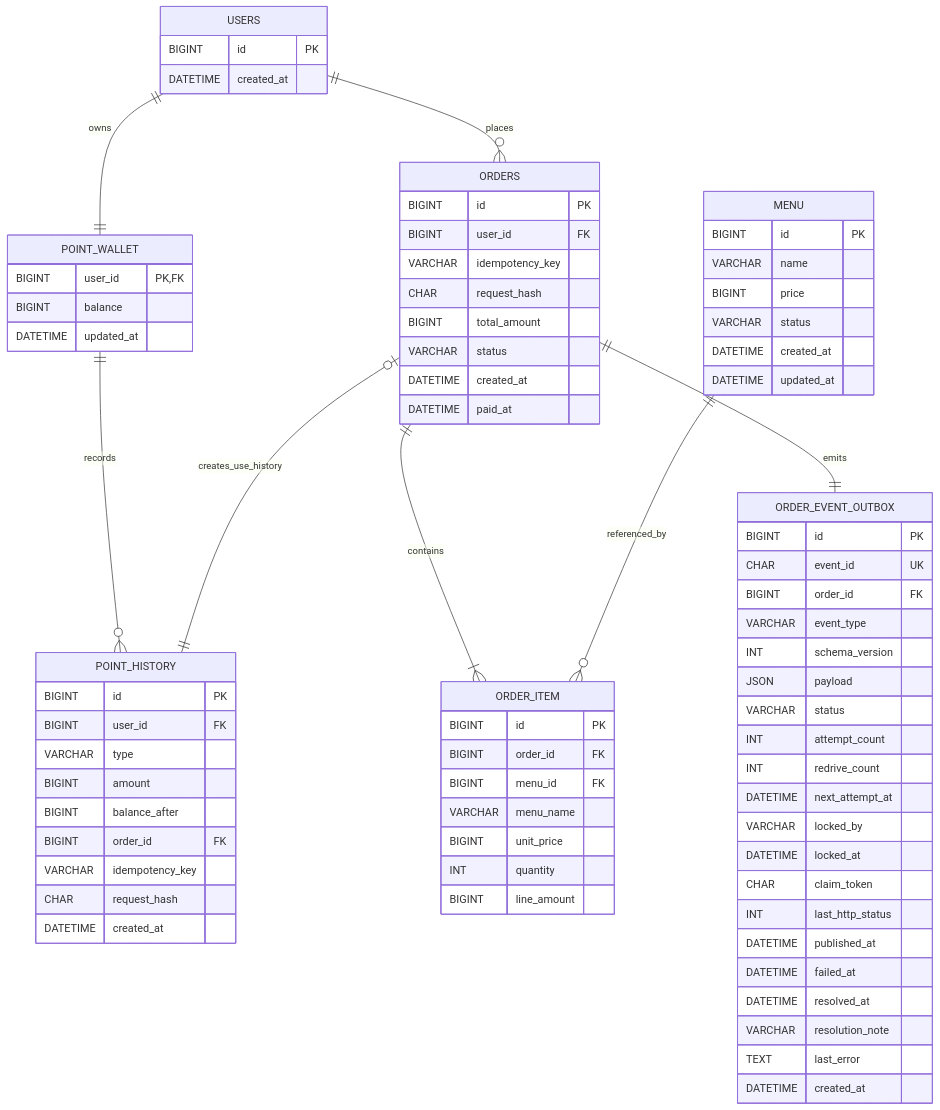
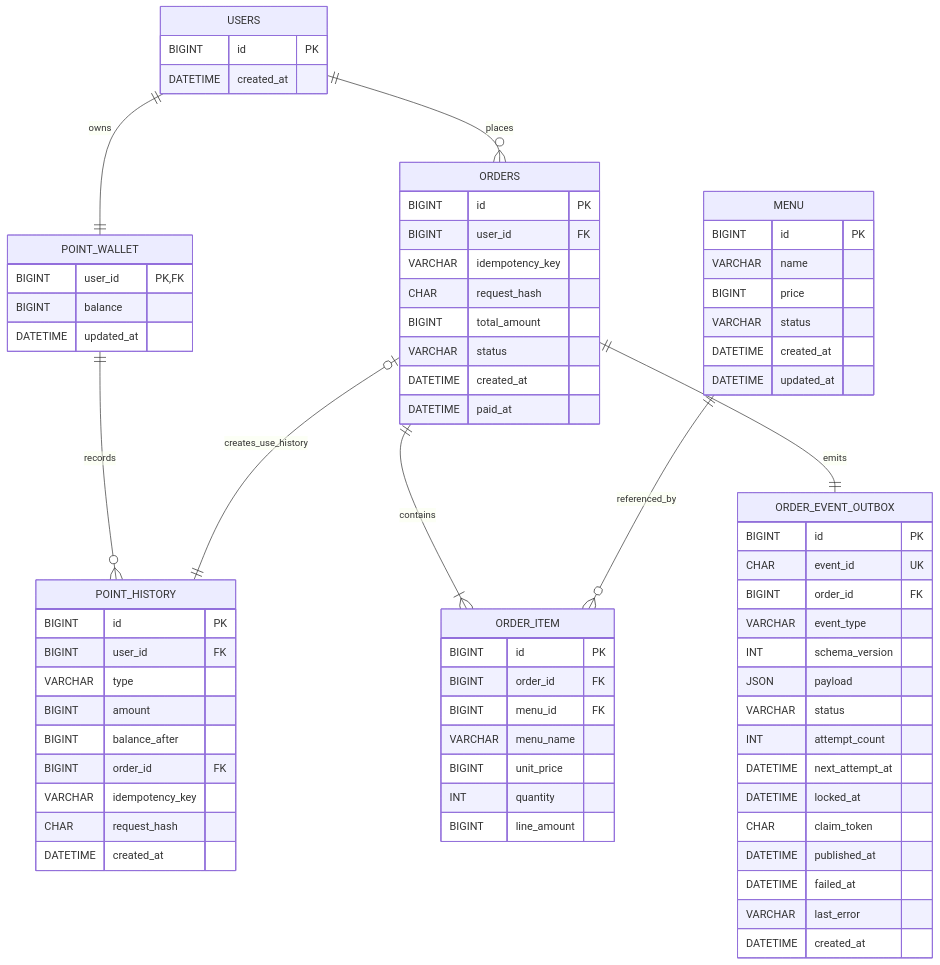
One commit to usersy628/coffee-order-system changed the second of 3 diagrams in README.md. Above: the diagram before and after it, drawn with Mermaid. The commit also changed other lines of this file and 1 other file, not shown here.

````diff
--- a/README.md
+++ b/README.md
@@ -457,17 +474,12 @@
         JSON payload
         VARCHAR status
         INT attempt_count
-        INT redrive_count
         DATETIME next_attempt_at
-        VARCHAR locked_by
         DATETIME locked_at
         CHAR claim_token
-        INT last_http_status
         DATETIME published_at
         DATETIME failed_at
-        DATETIME resolved_at
-        VARCHAR resolution_note
-        TEXT last_error
+        VARCHAR last_error
         DATETIME created_at
     }
 ```
````
